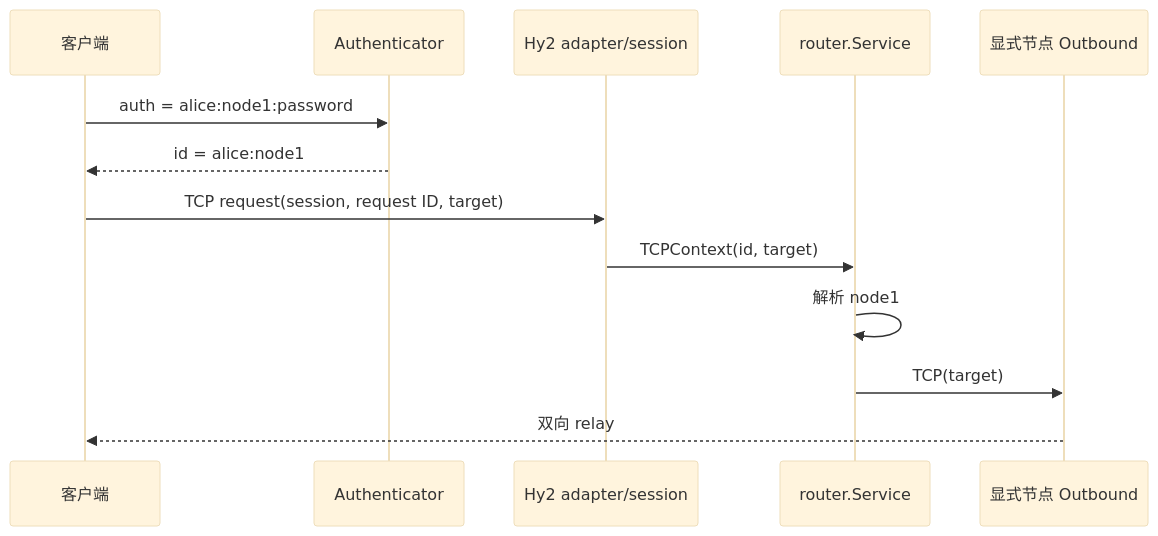
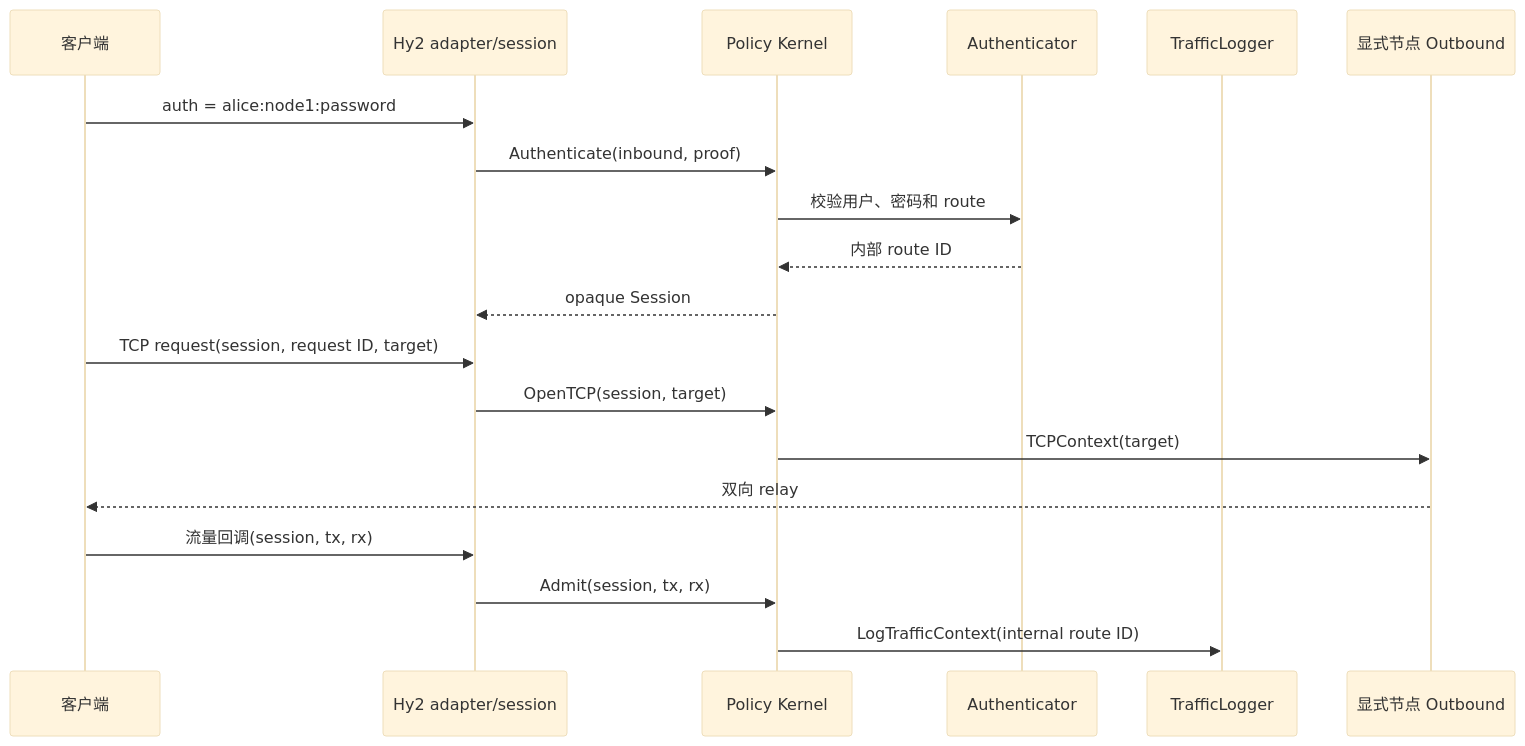
Before and after one commit to clayicarus/proxy-gateway: the fourth of 4 diagrams in docs/ARCHITECTURE.md, drawn with Mermaid (base theme). The commit also changed other lines of this file and 33 other files, not shown here.

Commit message:
refactor: integrate inbound policy kernel

````diff
--- a/docs/ARCHITECTURE.md
+++ b/docs/ARCHITECTURE.md
@@ -72,16 +188,22 @@
 ```mermaid
 sequenceDiagram
     participant C as 客户端
+    participant H as Hy2 adapter/session
+    participant K as Policy Kernel
     participant A as Authenticator
-    participant H as Hy2 adapter/session
-    participant R as router.Service
+    participant T as TrafficLogger
     participant O as 显式节点 Outbound
 
-    C->>A: auth = alice:node1:password
-    A-->>C: id = alice:node1
+    C->>H: auth = alice:node1:password
+    H->>K: Authenticate(inbound, proof)
+    K->>A: 校验用户、密码和 route
+    A-->>K: 内部 route ID
+    K-->>H: opaque Session
     C->>H: TCP request(session, request ID, target)
-    H->>R: TCPContext(id, target)
-    R->>R: 解析 node1
-    R->>O: TCP(target)
+    H->>K: OpenTCP(session, target)
+    K->>O: TCPContext(target)
     O-->>C: 双向 relay
+    C->>H: 流量回调(session, tx, rx)
+    H->>K: Admit(session, tx, rx)
+    K->>T: LogTrafficContext(internal route ID)
 ```
````
